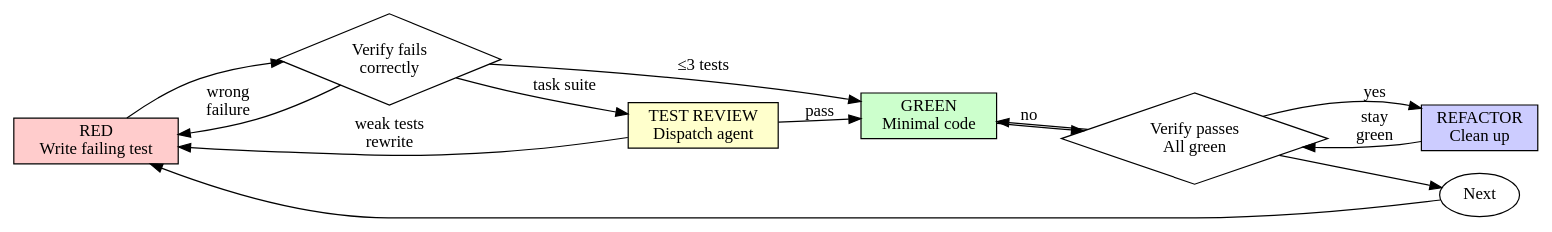
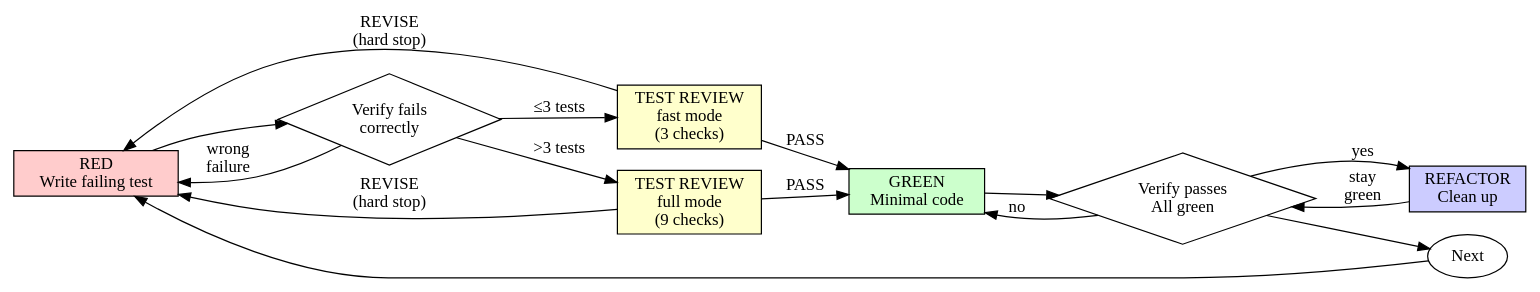
Before and after one commit to RTinkslinger/ultimate-product-powers: the diagram in skills/test-driven-development/SKILL.md, drawn with Graphviz. The commit also changed other lines of this file and 6 other files, not shown here.

````diff
--- a/skills/test-driven-development/SKILL.md
+++ b/skills/test-driven-development/SKILL.md
@@ -70,25 +110,28 @@
 ```dot
 digraph tdd_cycle {
     rankdir=LR;
     red [label="RED\nWrite failing test", shape=box, style=filled, fillcolor="#ffcccc"];
     verify_red [label="Verify fails\ncorrectly", shape=diamond];
-    review [label="TEST REVIEW\nDispatch agent", shape=box, style=filled, fillcolor="#ffffcc"];
+    review_fast [label="TEST REVIEW\nfast mode\n(3 checks)", shape=box, style=filled, fillcolor="#ffffcc"];
+    review_full [label="TEST REVIEW\nfull mode\n(9 checks)", shape=box, style=filled, fillcolor="#ffffcc"];
     green [label="GREEN\nMinimal code", shape=box, style=filled, fillcolor="#ccffcc"];
     verify_green [label="Verify passes\nAll green", shape=diamond];
     refactor [label="REFACTOR\nClean up", shape=box, style=filled, fillcolor="#ccccff"];
     next [label="Next", shape=ellipse];
 
     red -> verify_red;
-    verify_red -> green [label="≤3 tests"];
-    verify_red -> review [label="task suite"];
-    review -> green [label="pass"];
-    review -> red [label="weak tests\nrewrite"];
+    verify_red -> review_fast [label="≤3 tests"];
+    verify_red -> review_full [label=">3 tests"];
+    review_fast -> green [label="PASS"];
+    review_fast -> red [label="REVISE\n(hard stop)"];
+    review_full -> green [label="PASS"];
+    review_full -> red [label="REVISE\n(hard stop)"];
     verify_red -> red [label="wrong\nfailure"];
     green -> verify_green;
     verify_green -> refactor [label="yes"];
     verify_green -> green [label="no"];
     refactor -> verify_green [label="stay\ngreen"];
     verify_green -> next;
     next -> red;
 }
 ```
````
